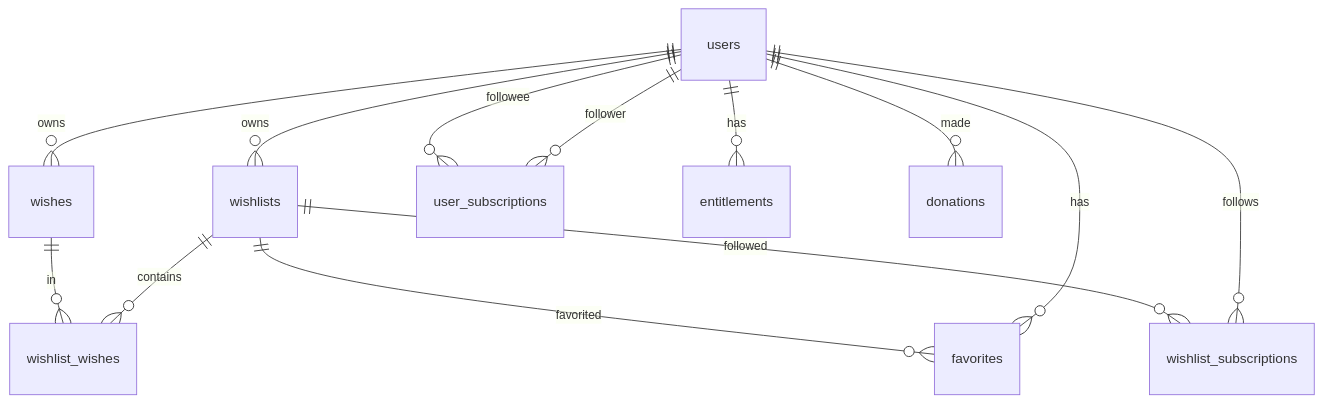
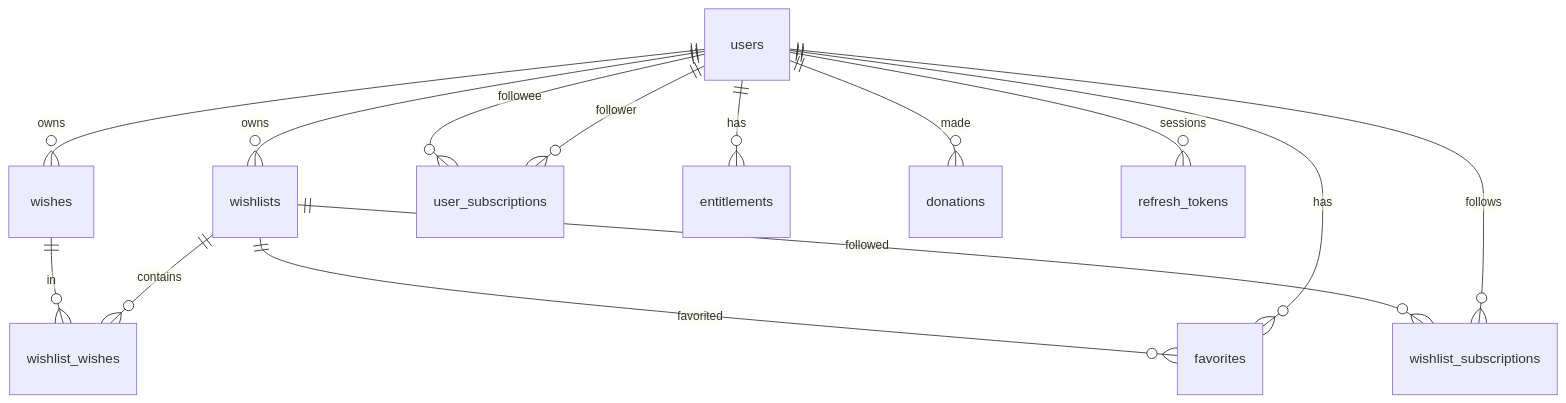
The diagram in docs/backend/data-model.md (Calrission/melist), drawn with Mermaid before and after one commit. The commit also changed other lines of this file and 73 other files, not shown here.

````diff
--- a/docs/backend/data-model.md
+++ b/docs/backend/data-model.md
@@ -90,15 +90,16 @@
 ```mermaid
 erDiagram
   users ||--o{ wishlists : owns
   users ||--o{ wishes : owns
   wishlists ||--o{ wishlist_wishes : contains
   wishes ||--o{ wishlist_wishes : in
   users ||--o{ favorites : has
   wishlists ||--o{ favorites : favorited
   users ||--o{ wishlist_subscriptions : follows
   wishlists ||--o{ wishlist_subscriptions : followed
   users ||--o{ user_subscriptions : follower
   users ||--o{ user_subscriptions : followee
   users ||--o{ entitlements : has
   users ||--o{ donations : made
+  users ||--o{ refresh_tokens : sessions
 ```
````
